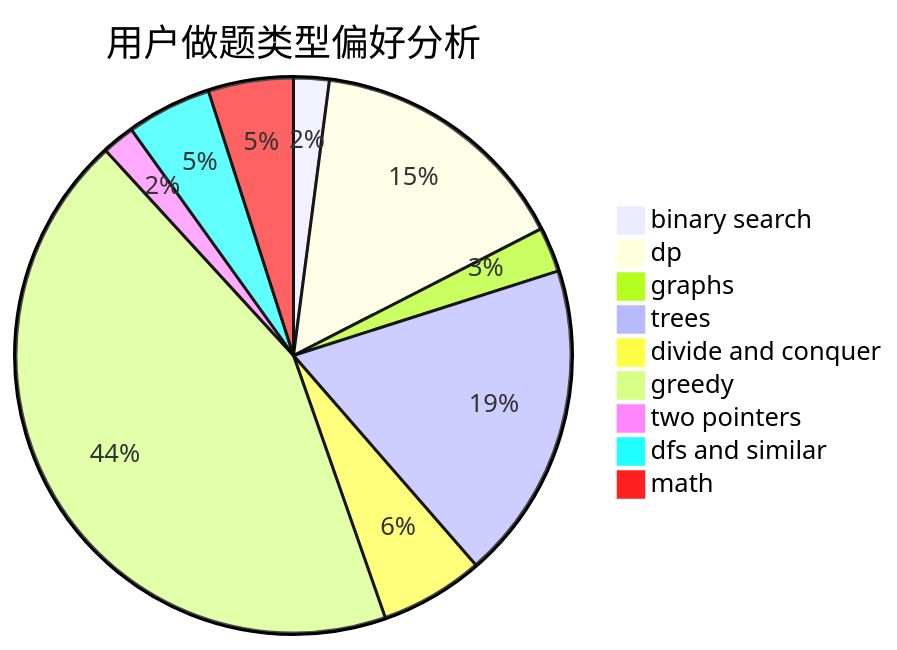
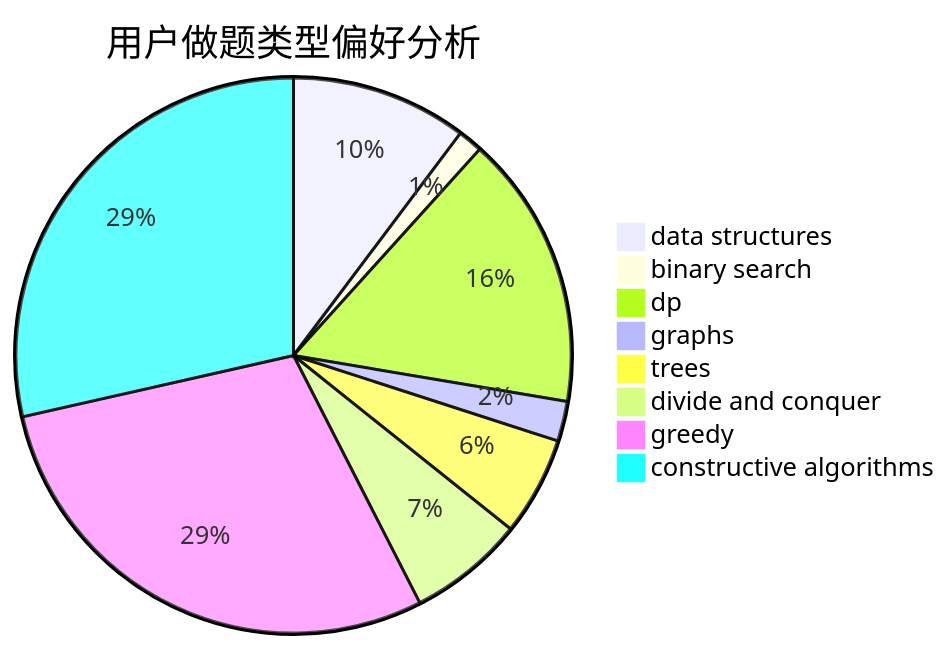
Before and after one commit to sherpahu/cfrs.github.io: the second of 3 diagrams in docs/user/u2242.md, drawn with Mermaid. The commit also changed other lines of this file and 2775 other files, not shown here.

````diff
--- a/docs/user/u2242.md
+++ b/docs/user/u2242.md
@@ -23,12 +23,11 @@
 ```mermaid
 pie title 用户做题类型偏好分析
-    "binary search" :  61
-    "dp" :  454
-    "graphs" :  77
-    "trees" :  546
-    "divide and conquer" :  178
-    "greedy" :  1284
-    "two pointers" :  56
-    "dfs and similar" :  146
-    "math" :  146
+    "data structures" :  264
+    "binary search" :  37
+    "dp" :  411
+    "graphs" :  60
+    "trees" :  148
+    "divide and conquer" :  174
+    "greedy" :  746
+    "constructive algorithms" :  735
 ```
````
